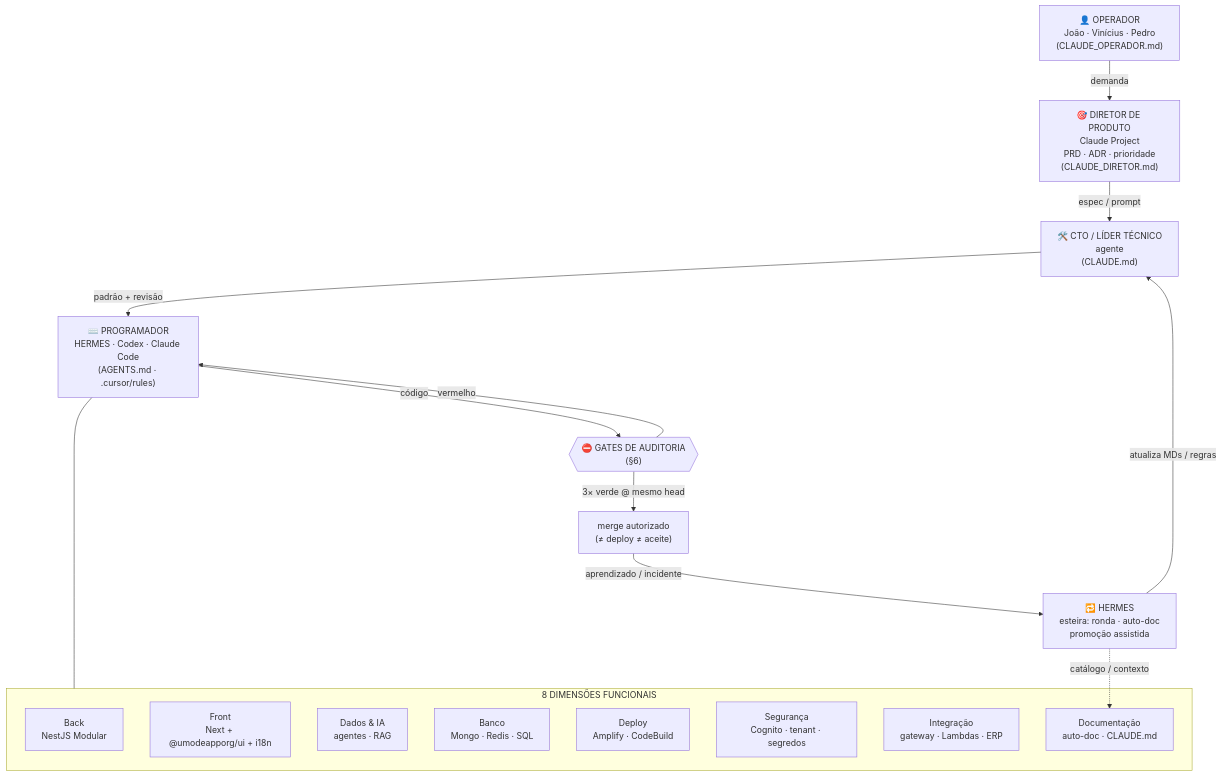
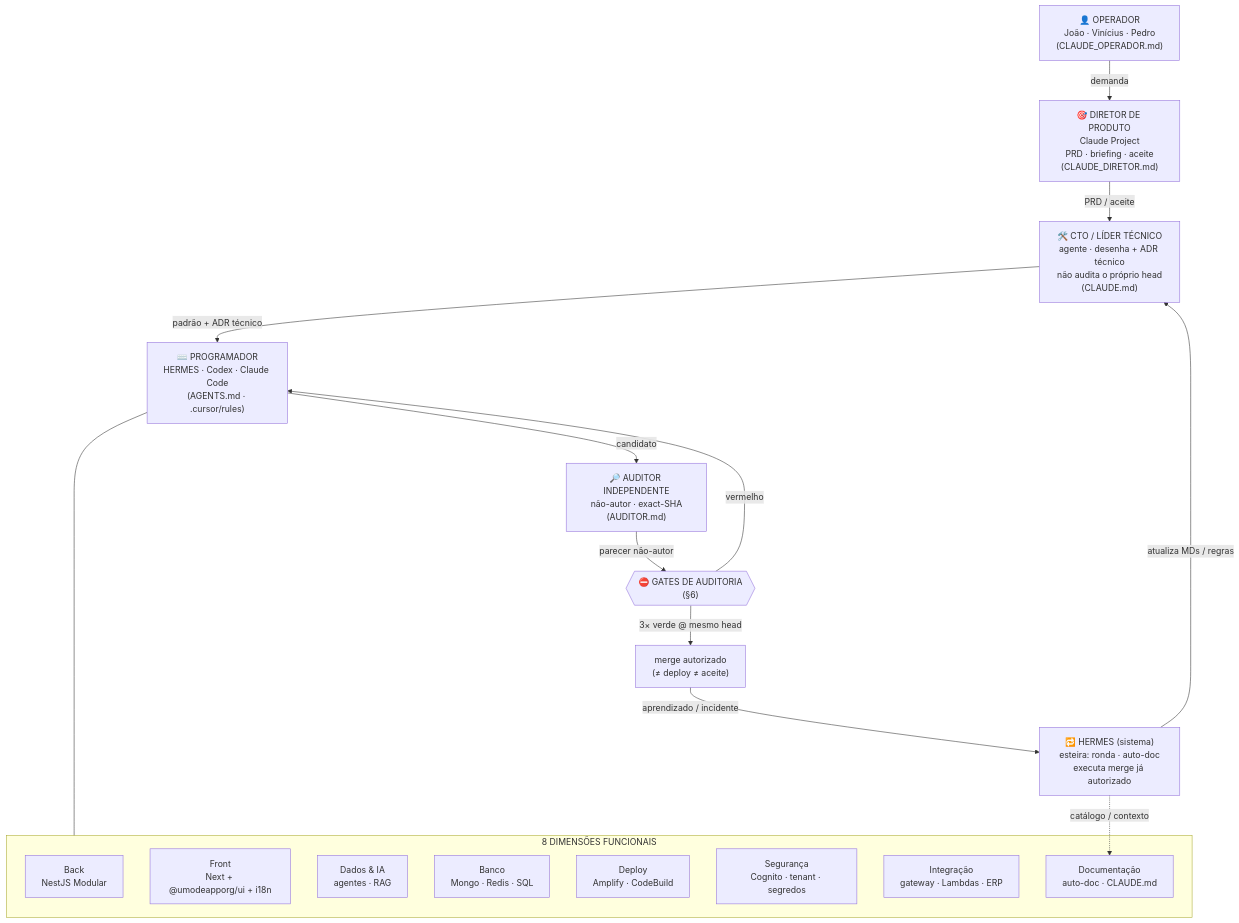
Before and after one commit to HyTrackWater/brainhub-umode: the first of 4 diagrams in uMode/04_Dados-e-IA/_protocolos/governanca-squad-desenvolvimento.md, drawn with Mermaid. The commit also changed other lines of this file and 6 other files, not shown here.

````diff
--- a/uMode/04_Dados-e-IA/_protocolos/governanca-squad-desenvolvimento.md
+++ b/uMode/04_Dados-e-IA/_protocolos/governanca-squad-desenvolvimento.md
@@ -84,32 +84,34 @@
 ```mermaid
 flowchart TB
     OP["👤 OPERADOR<br/>João · Vinícius · Pedro<br/>(CLAUDE_OPERADOR.md)"]
-    DIR["🎯 DIRETOR DE PRODUTO<br/>Claude Project<br/>PRD · ADR · prioridade<br/>(CLAUDE_DIRETOR.md)"]
-    CTO["🛠️ CTO / LÍDER TÉCNICO<br/>agente<br/>(CLAUDE.md)"]
+    DIR["🎯 DIRETOR DE PRODUTO<br/>Claude Project<br/>PRD · briefing · aceite<br/>(CLAUDE_DIRETOR.md)"]
+    CTO["🛠️ CTO / LÍDER TÉCNICO<br/>agente · desenha + ADR técnico<br/>não audita o próprio head<br/>(CLAUDE.md)"]
     PROG["⌨️ PROGRAMADOR<br/>HERMES · Codex · Claude Code<br/>(AGENTS.md · .cursor/rules)"]
-    HERMES["🔁 HERMES<br/>esteira: ronda · auto-doc<br/>promoção assistida"]
+    AUDIT["🔎 AUDITOR INDEPENDENTE<br/>não-autor · exact-SHA<br/>(AUDITOR.md)"]
+    HERMES["🔁 HERMES (sistema)<br/>esteira: ronda · auto-doc<br/>executa merge já autorizado"]
 
     OP -->|demanda| DIR
-    DIR -->|espec / prompt| CTO
-    CTO -->|padrão + revisão| PROG
-    PROG -->|código| GATES
+    DIR -->|PRD / aceite| CTO
+    CTO -->|padrão + ADR técnico| PROG
+    PROG -->|candidato| AUDIT
+    AUDIT -->|parecer não-autor| GATES
 
     subgraph DIM["8 DIMENSÕES FUNCIONAIS"]
         BACK["Back<br/>NestJS Modular"]
         FRONT["Front<br/>Next + @umodeapporg/ui + i18n"]
         DADOS["Dados & IA<br/>agentes · RAG"]
         DB["Banco<br/>Mongo · Redis · SQL"]
         DEPLOY["Deploy<br/>Amplify · CodeBuild"]
         SEC["Segurança<br/>Cognito · tenant · segredos"]
         INT["Integração<br/>gateway · Lambdas · ERP"]
         DOC["Documentação<br/>auto-doc · CLAUDE.md"]
     end
 
     PROG --- DIM
     GATES{{"⛔ GATES DE AUDITORIA<br/>(§6)"}}
     GATES -->|3× verde @ mesmo head| MERGE["merge autorizado<br/>(≠ deploy ≠ aceite)"]
     GATES -->|vermelho| PROG
     MERGE -->|aprendizado / incidente| HERMES
     HERMES -->|atualiza MDs / regras| CTO
     HERMES -.->|catálogo / contexto| DOC
 ```
````
